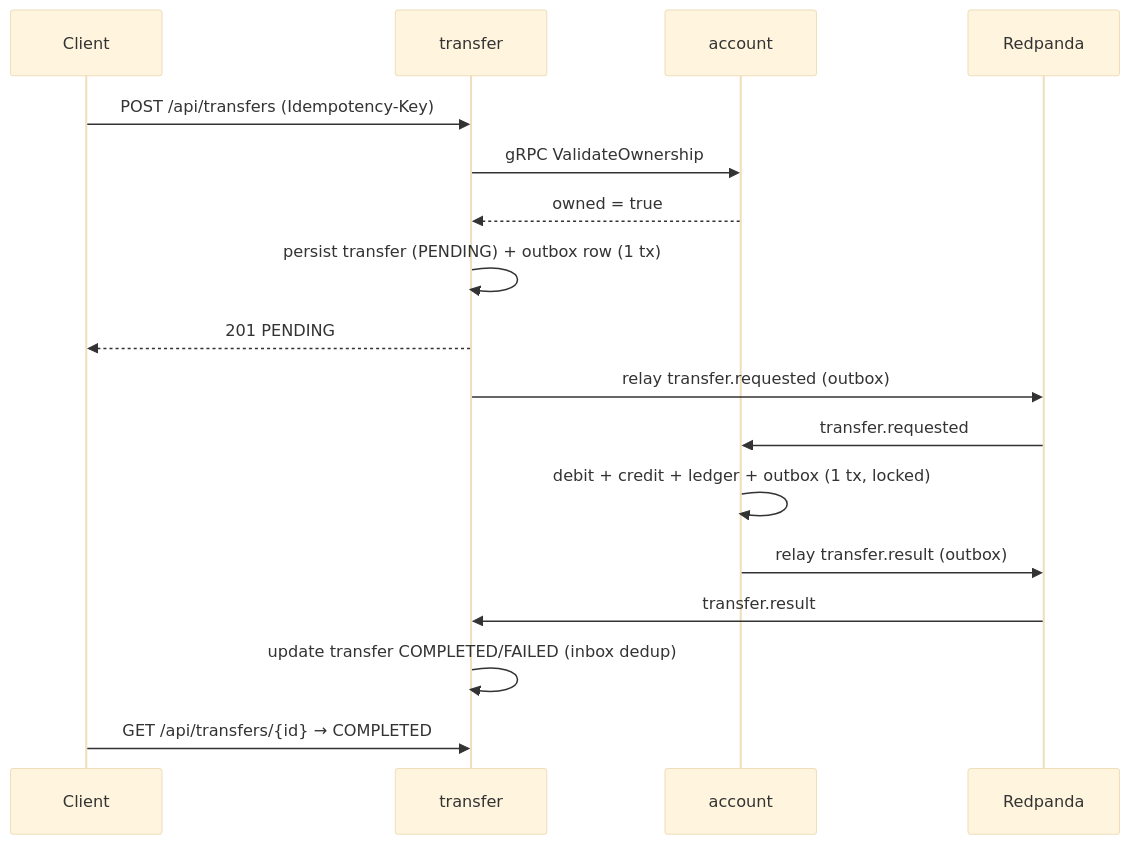
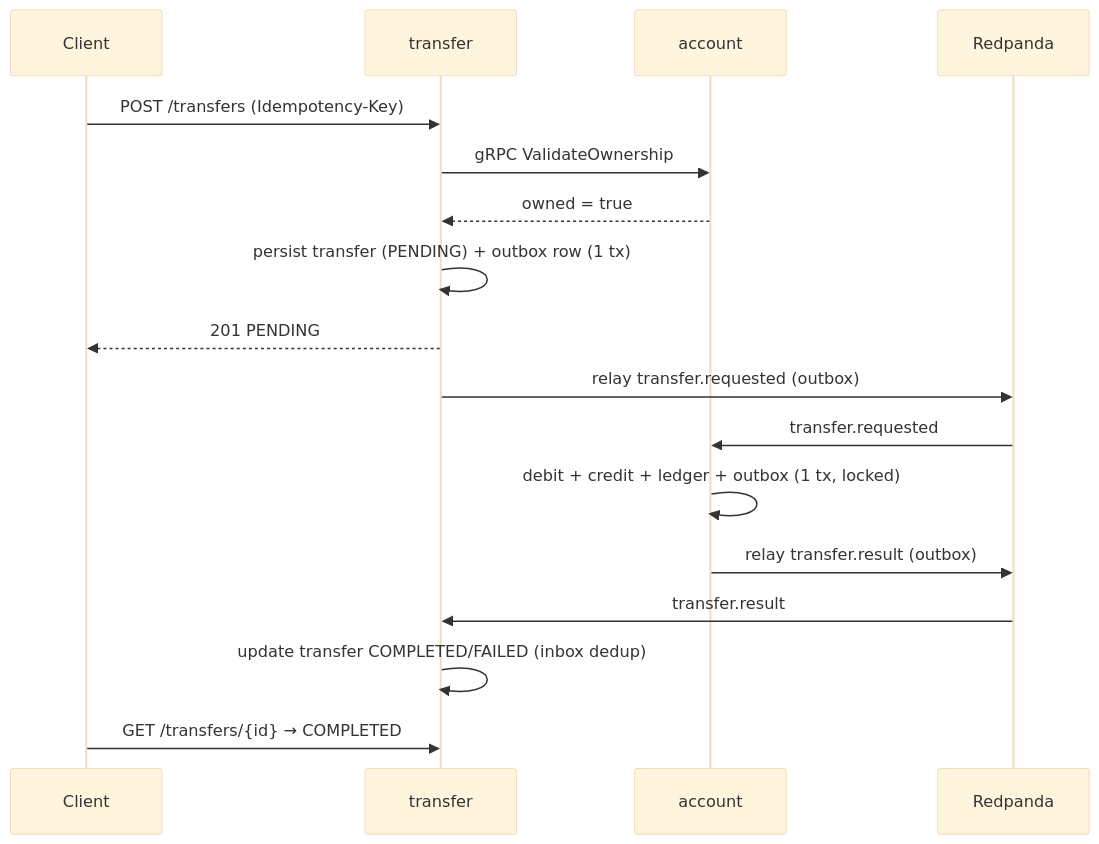
Before and after one commit to Phathdt/fasttrans: the second of 3 diagrams in README.md, drawn with Mermaid (base theme). The commit also changed other lines of this file and 10 other files, not shown here.

````diff
--- a/README.md
+++ b/README.md
@@ -35,20 +37,20 @@
 ```mermaid
 sequenceDiagram
     participant C as Client
     participant T as transfer
     participant A as account
     participant R as Redpanda
 
-    C->>T: POST /api/transfers (Idempotency-Key)
+    C->>T: POST /transfers (Idempotency-Key)
     T->>A: gRPC ValidateOwnership
     A-->>T: owned = true
     T->>T: persist transfer (PENDING) + outbox row (1 tx)
     T-->>C: 201 PENDING
     T->>R: relay transfer.requested (outbox)
     R->>A: transfer.requested
     A->>A: debit + credit + ledger + outbox (1 tx, locked)
     A->>R: relay transfer.result (outbox)
     R->>T: transfer.result
     T->>T: update transfer COMPLETED/FAILED (inbox dedup)
-    C->>T: GET /api/transfers/{id} → COMPLETED
+    C->>T: GET /transfers/{id} → COMPLETED
 ```
````
